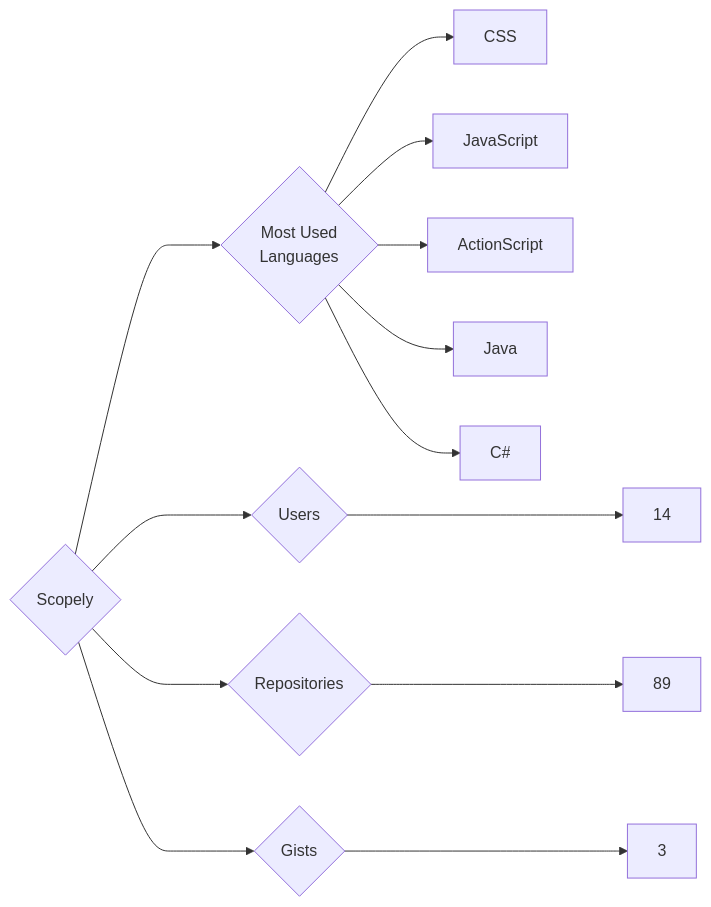
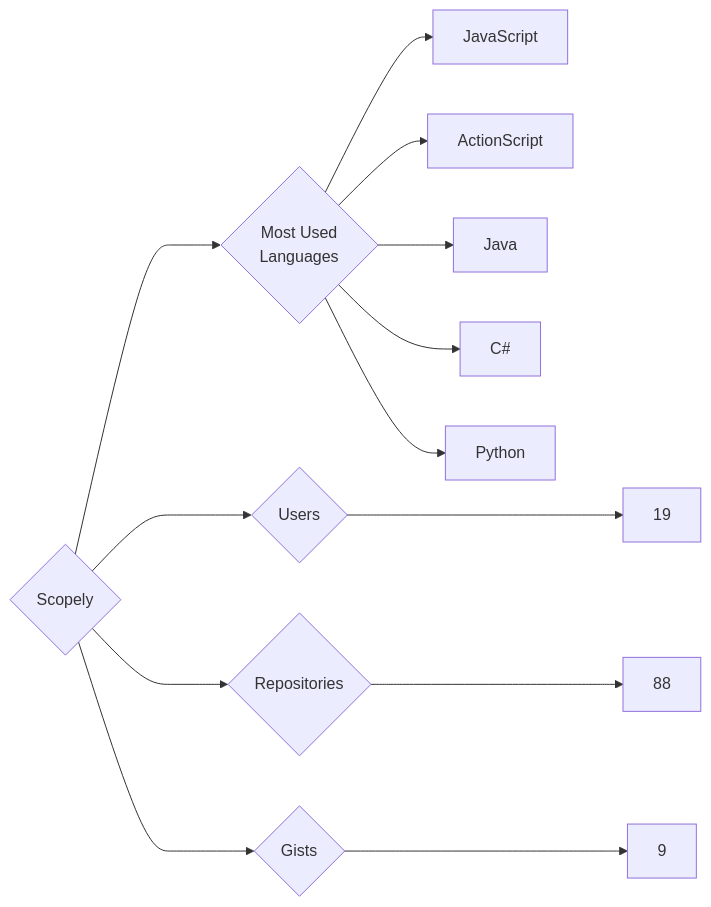
One commit to trickest/insiders changed the diagram in targets/Scopely/README.md. Above: the diagram before and after it, drawn with Mermaid. The commit also changed 1484 other files, not shown here.

````diff
--- a/targets/Scopely/README.md
+++ b/targets/Scopely/README.md
@@ -3,13 +3,13 @@
 ```mermaid
 graph LR
 COMPANY_NAME{Scopely}
-COMPANY_NAME ---> U{Users} ---> UN[14]
-COMPANY_NAME ---> R{Repositories} ---> RN[89]
-COMPANY_NAME ---> G{Gists} ---> GN[3]
+COMPANY_NAME ---> U{Users} ---> UN[19]
+COMPANY_NAME ---> R{Repositories} ---> RN[88]
+COMPANY_NAME ---> G{Gists} ---> GN[9]
 COMPANY_NAME ---> ML{Most Used<br>Languages}
-ML --> CSS[CSS]
 ML --> JavaScript[JavaScript]
 ML --> ActionScript[ActionScript]
 ML --> Java[Java]
 ML --> C#[C#]
+ML --> Python[Python]
 ```
````
